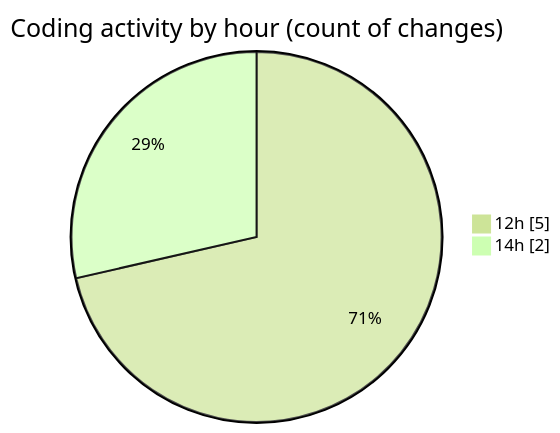
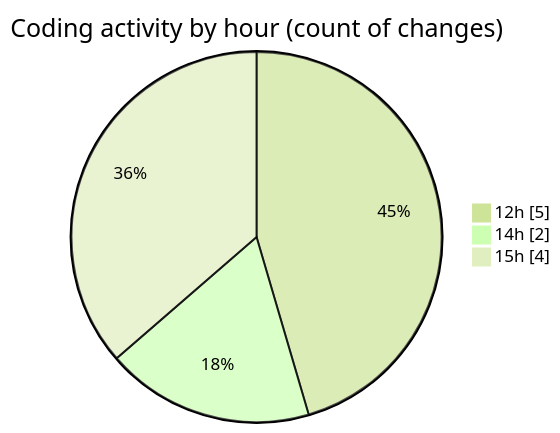
One commit to ricardozamudiocil/code-tracking changed the second of 2 diagrams in 2026-05-04/cilapp/README.md. Above: the diagram before and after it, drawn with Mermaid (forest theme). The commit also changed other lines of this file and 1 other file, not shown here.

````diff
--- a/2026-05-04/cilapp/README.md
+++ b/2026-05-04/cilapp/README.md
@@ -35,6 +36,7 @@
 ```mermaid
 pie showData
 title Coding activity by hour (count of changes)
 "12h" : 5
 "14h" : 2
+"15h" : 4
 ```
````
